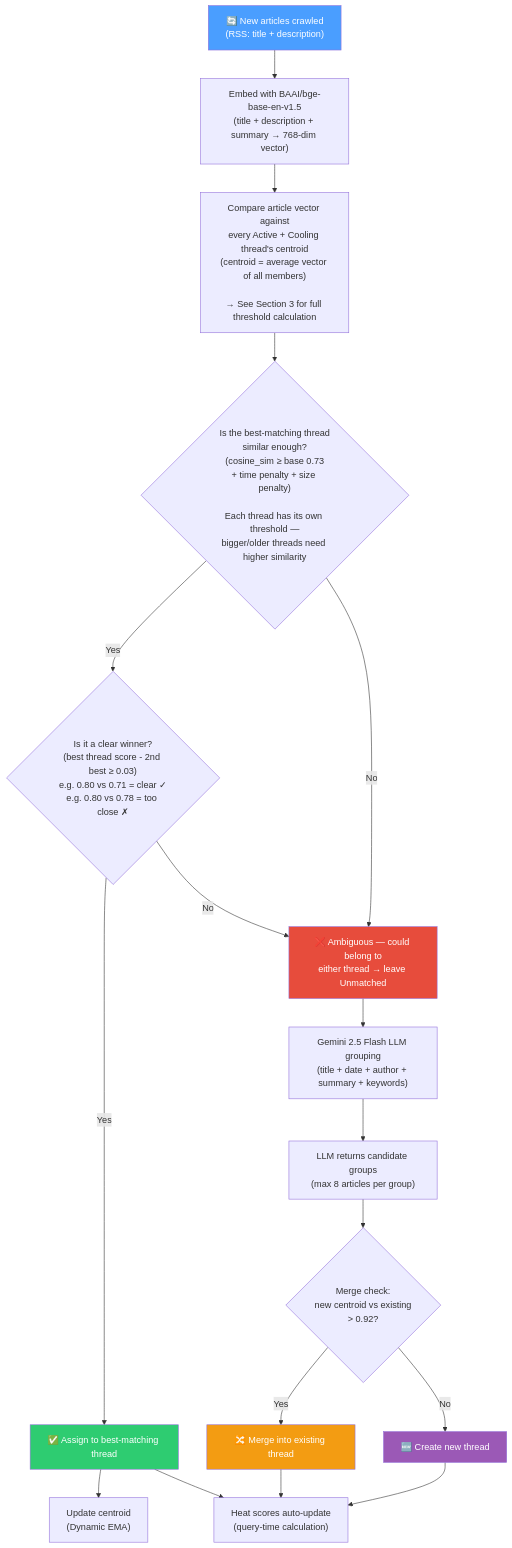
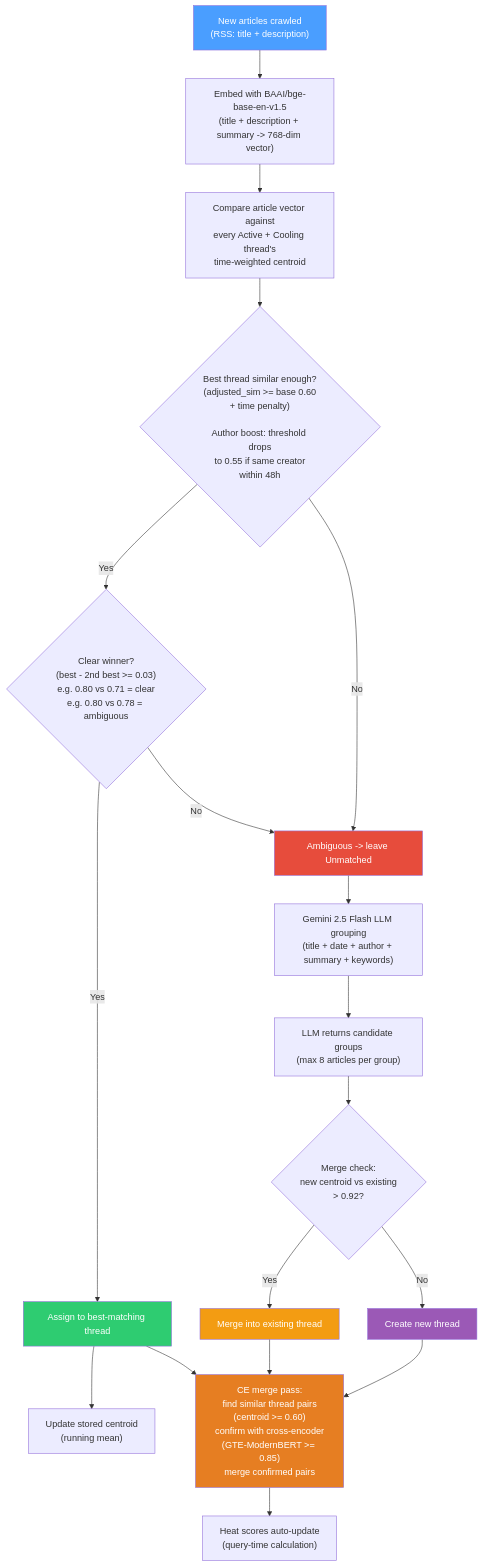
Before and after one commit to choym92/araverus: the first of 10 diagrams in docs/1.2-news-threading-visual.md, drawn with Mermaid. The commit also changed other lines of this file and 40 other files, not shown here.

````diff
--- a/docs/1.2-news-threading-visual.md
+++ b/docs/1.2-news-threading-visual.md
@@ -10,31 +10,34 @@
 ```mermaid
 flowchart TD
-    A["🔄 New articles crawled<br/>(RSS: title + description)"] --> C["Embed with BAAI/bge-base-en-v1.5<br/>(title + description + summary → 768-dim vector)"]
-    C --> E["Compare article vector against<br/>every Active + Cooling thread's centroid<br/>(centroid = average vector of all members)<br/><br/>→ See Section 3 for full threshold calculation"]
+    A["New articles crawled<br/>(RSS: title + description)"] --> C["Embed with BAAI/bge-base-en-v1.5<br/>(title + description + summary -> 768-dim vector)"]
+    C --> E["Compare article vector against<br/>every Active + Cooling thread's<br/>time-weighted centroid"]
 
-    E --> F{"Is the best-matching thread<br/>similar enough?<br/>(cosine_sim ≥ base 0.73<br/>+ time penalty + size penalty)<br/><br/>Each thread has its own threshold —<br/>bigger/older threads need higher similarity"}
-    F -->|Yes| G{"Is it a clear winner?<br/>(best thread score - 2nd best ≥ 0.03)<br/>e.g. 0.80 vs 0.71 = clear ✓<br/>e.g. 0.80 vs 0.78 = too close ✗"}
-    G -->|Yes| H["✅ Assign to best-matching thread"]
-    G -->|No| I["❌ Ambiguous — could belong to<br/>either thread → leave Unmatched"]
+    E --> F{"Best thread similar enough?<br/>(adjusted_sim >= base 0.60<br/>+ time penalty)<br/><br/>Author boost: threshold drops<br/>to 0.55 if same creator<br/>within 48h"}
+    F -->|Yes| G{"Clear winner?<br/>(best - 2nd best >= 0.03)<br/>e.g. 0.80 vs 0.71 = clear<br/>e.g. 0.80 vs 0.78 = ambiguous"}
+    G -->|Yes| H["Assign to best-matching thread"]
+    G -->|No| I["Ambiguous -> leave Unmatched"]
     F -->|No| I
 
-    H --> J["Update centroid<br/>(Dynamic EMA)"]
+    H --> J["Update stored centroid<br/>(running mean)"]
 
     I --> L["Gemini 2.5 Flash LLM grouping<br/>(title + date + author + summary + keywords)"]
 
     L --> M["LLM returns candidate groups<br/>(max 8 articles per group)"]
     M --> P{"Merge check:<br/>new centroid vs existing<br/>> 0.92?"}
 
-    P -->|Yes| Q["🔀 Merge into existing thread"]
-    P -->|No| R["🆕 Create new thread"]
+    P -->|Yes| Q["Merge into existing thread"]
+    P -->|No| R["Create new thread"]
 
-    R --> S["Heat scores auto-update<br/>(query-time calculation)"]
-    Q --> S
-    H --> S
+    R --> CE["CE merge pass:<br/>find similar thread pairs<br/>(centroid >= 0.60)<br/>confirm with cross-encoder<br/>(GTE-ModernBERT >= 0.85)<br/>merge confirmed pairs"]
+    Q --> CE
+    H --> CE
+
+    CE --> S["Heat scores auto-update<br/>(query-time calculation)"]
 
     style A fill:#4a9eff,color:#fff
     style H fill:#2ecc71,color:#fff
     style Q fill:#f39c12,color:#fff
     style R fill:#9b59b6,color:#fff
     style I fill:#e74c3c,color:#fff
+    style CE fill:#e67e22,color:#fff
 ```
````
